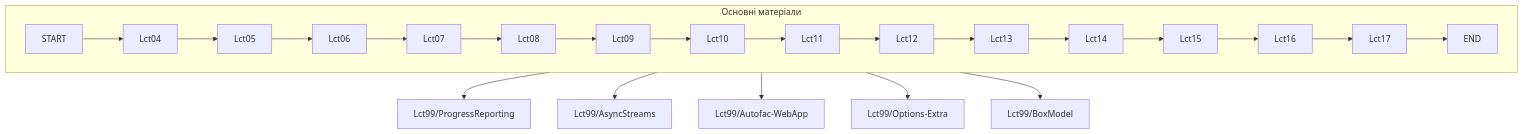
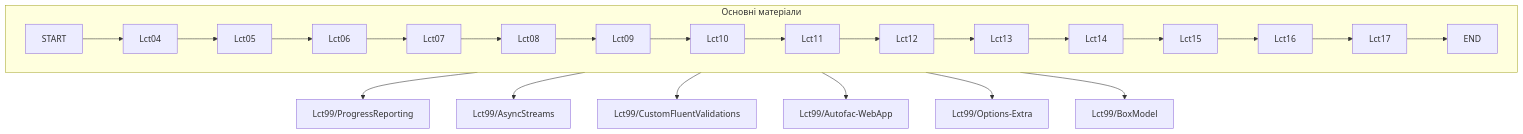
The diagram in README.md (yakivyusin/KPI-WebDevelopment), drawn with Mermaid before and after one commit. The commit also changed 7 other files, not shown here.

Commit message:
Add Extras on Custom Fluent Validations

````diff
--- a/README.md
+++ b/README.md
@@ -4,14 +4,15 @@
 ```mermaid
 flowchart TD
 
     subgraph V["Основні матеріали"]
         direction LR
         START --> Lct04 --> Lct05 --> Lct06 --> Lct07 --> Lct08 --> Lct09 --> Lct10 --> Lct11 --> Lct12 --> Lct13 --> Lct14 --> Lct15 --> Lct16 --> Lct17 --> END
     end
 
     Lct04 --> Lct99/ProgressReporting
     Lct04 --> Lct99/AsyncStreams
+    Lct06 --> Lct99/CustomFluentValidations
     Lct08 --> Lct99/Autofac-WebApp
     Lct11 --> Lct99/Options-Extra
     Lct17 --> Lct99/BoxModel
 ```
````
